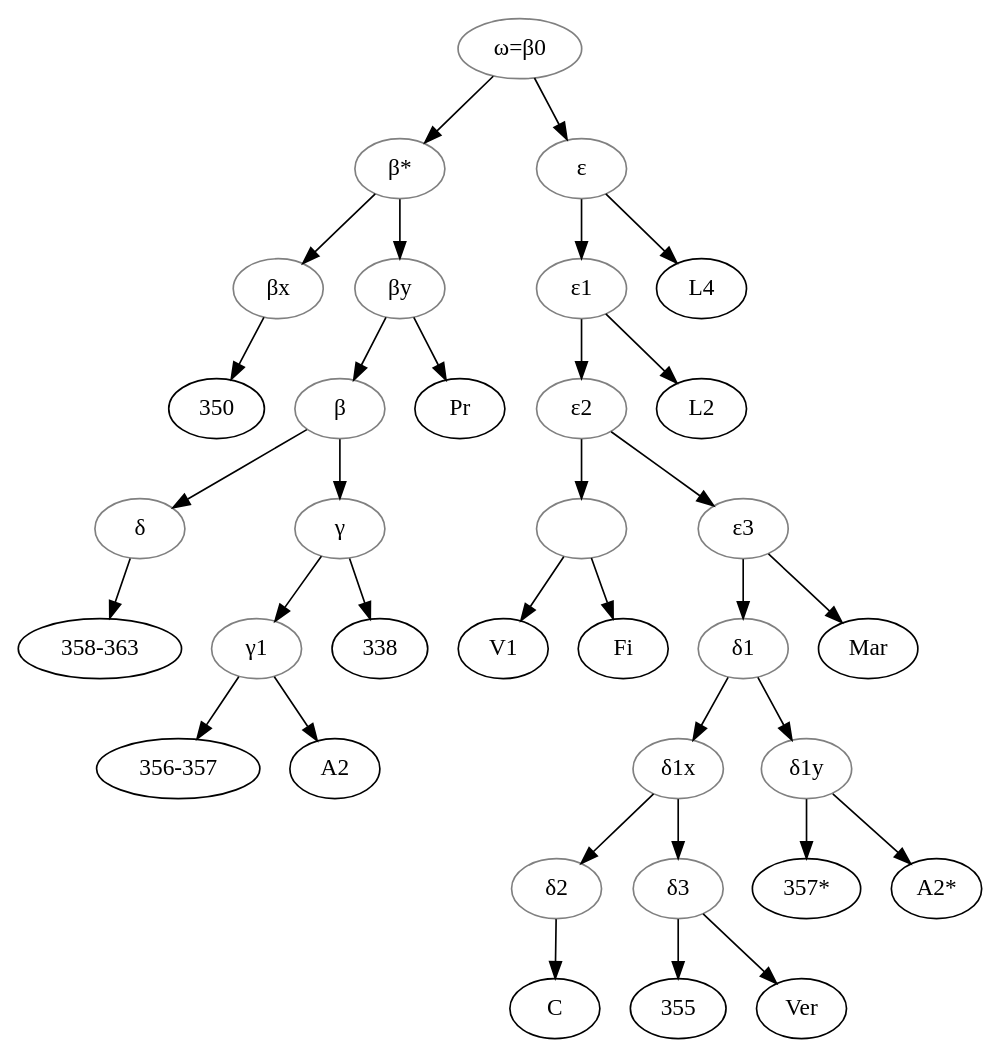
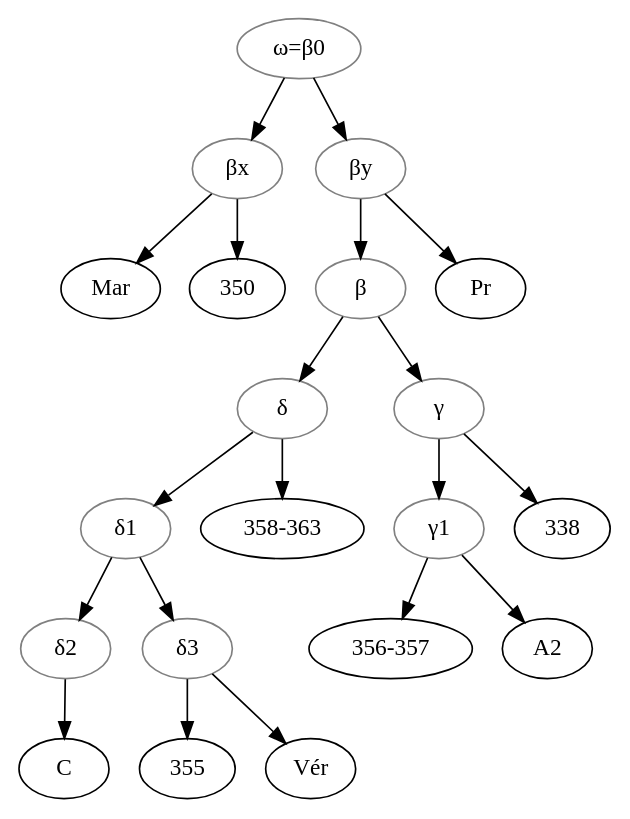
Before and after one commit to OpenStemmata/database: the diagram in data/fro/Lagomarsini_2018_GuironCourtois1/stemma.gv, drawn with Graphviz. The commit also changed 5 other files, not shown here.

```diff
--- a/data/fro/Lagomarsini_2018_GuironCourtois1/stemma.gv
+++ b/data/fro/Lagomarsini_2018_GuironCourtois1/stemma.gv
@@ -1,57 +1,36 @@
 digraph {
-1[label="", color="grey"];
-bepsilon[label="β", color="grey"];
-bepsilonEtoile[label="β*"color="grey"];
-bepsilonx[label="βx", color="grey"]
-bepsilony[label="βy"color="grey"];
+
+beta[label="β", color="grey"];
+betax[label="βx", color="grey"]
+betay[label="βy"color="grey"];
 delta[label="δ", color="grey"]
 delta1[label="δ1"color="grey"];
 delta2[label="δ2"color="grey"];
-delta1x[label="δ1x"color="grey"];
-delta1y[label="δ1y"color="grey"];
 delta3[label="δ3"color="grey"];
-epsilon[label="ε", color="grey"];
-epsilon1[label="ε1", color="grey"];
-epsilon2[label="ε2", color="grey"];
-epsilon3[label="ε3", color="grey"];
 gamma[label="γ", color="grey"];
 gamma1[label="γ1"color="grey"];
+gamma1->356;
+gamma1->A2;
 omega[label="ω=β0", color="grey"];
 356[label="356-357"]
-357[label="357*"]
 358[label="358-363"]
-A2Etoile[label="A2*"]
-omega->bepsilonEtoile;
-bepsilonEtoile->bepsilonx;
-bepsilonx->350;
-bepsilonEtoile->bepsilony;
-bepsilony->Pr;
-bepsilony->bepsilon;
-bepsilon->gamma;
+
+omega->betax;
+betax->Mar;
+betax->350;
+omega->betay;
+betay->Pr;
+betay->beta;
+beta->gamma;
 gamma->338;
 gamma->gamma1;
-gamma1->356;
-gamma1->A2;
-bepsilon->delta;
-delta->358
-omega->epsilon;
-epsilon->L4;
-epsilon->epsilon1;
-epsilon1->L2;
-epsilon1->epsilon2;
-epsilon2->1;
-1->V1;
-1->Fi;
-epsilon2->epsilon3;
-epsilon3->delta1;
-delta1->delta1x;
-delta1x->delta2;
+beta->delta;
+delta->358;
+delta->delta1;
+delta1->delta2;
 delta2->C;
-delta1x->delta3;
+delta1->delta3;
 delta3->355;
-delta3->Ver;
-delta1->delta1y;
-delta1y->357;
-delta1y->A2Etoile;
-epsilon3->Mar;
+delta3->Vér;
+
 }
```
